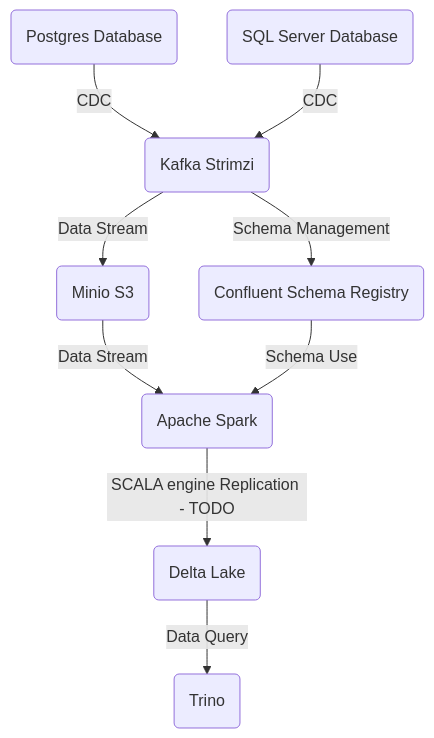
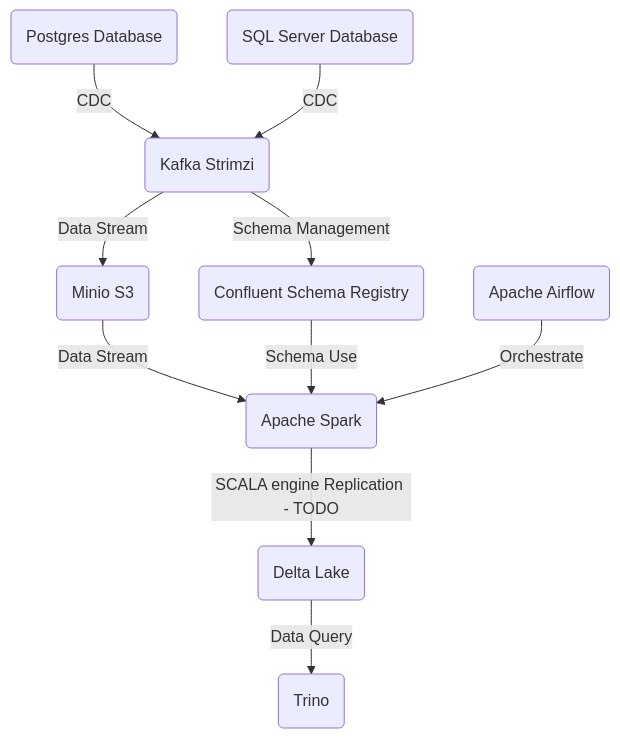
The diagram in README.md (rogeriomm/labtools-k8s), drawn with Mermaid before and after one commit. The commit also changed other lines of this file, not shown here.

````diff
--- a/README.md
+++ b/README.md
@@ -15,15 +13,16 @@
 ```mermaid
 flowchart TD
     Postgres(Postgres Database) -->|CDC| Kafka(Kafka Strimzi)
     SQLServer(SQL Server Database) -->|CDC| Kafka
     Kafka -->|Data Stream| ConsumerMinio(Minio S3)
     ConsumerMinio -->|Data Stream| ConsumerSpark(Apache Spark)
     ConsumerSpark --> |SCALA engine Replication - TODO| ConsumerDelta(Delta Lake)
     Kafka -->|Schema Management| SchemaRegistry(Confluent Schema Registry)
     SchemaRegistry -->|Schema Use| ConsumerSpark
     ConsumerDelta -->|Data Query| Trino(Trino)
+    Airflow(Apache Airflow) -->|Orchestrate| ConsumerSpark
 
     class Postgres,SQLServer database;
     class Kafka,SchemaRegistry kafka;
-    class ConsumerMinio,ConsumerSpark,ConsumerDelta,Trino consumers;
+    class ConsumerMinio,ConsumerSpark,ConsumerDelta,Trino,Airflow consumers;
 ```
````
